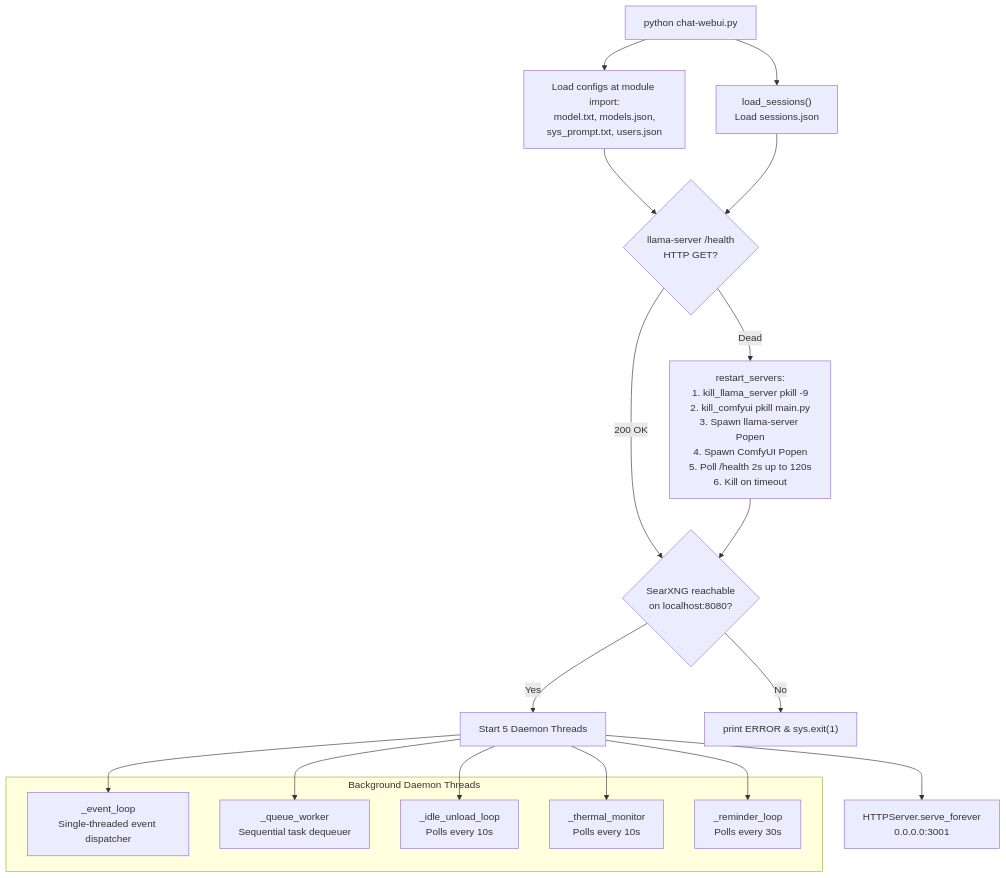
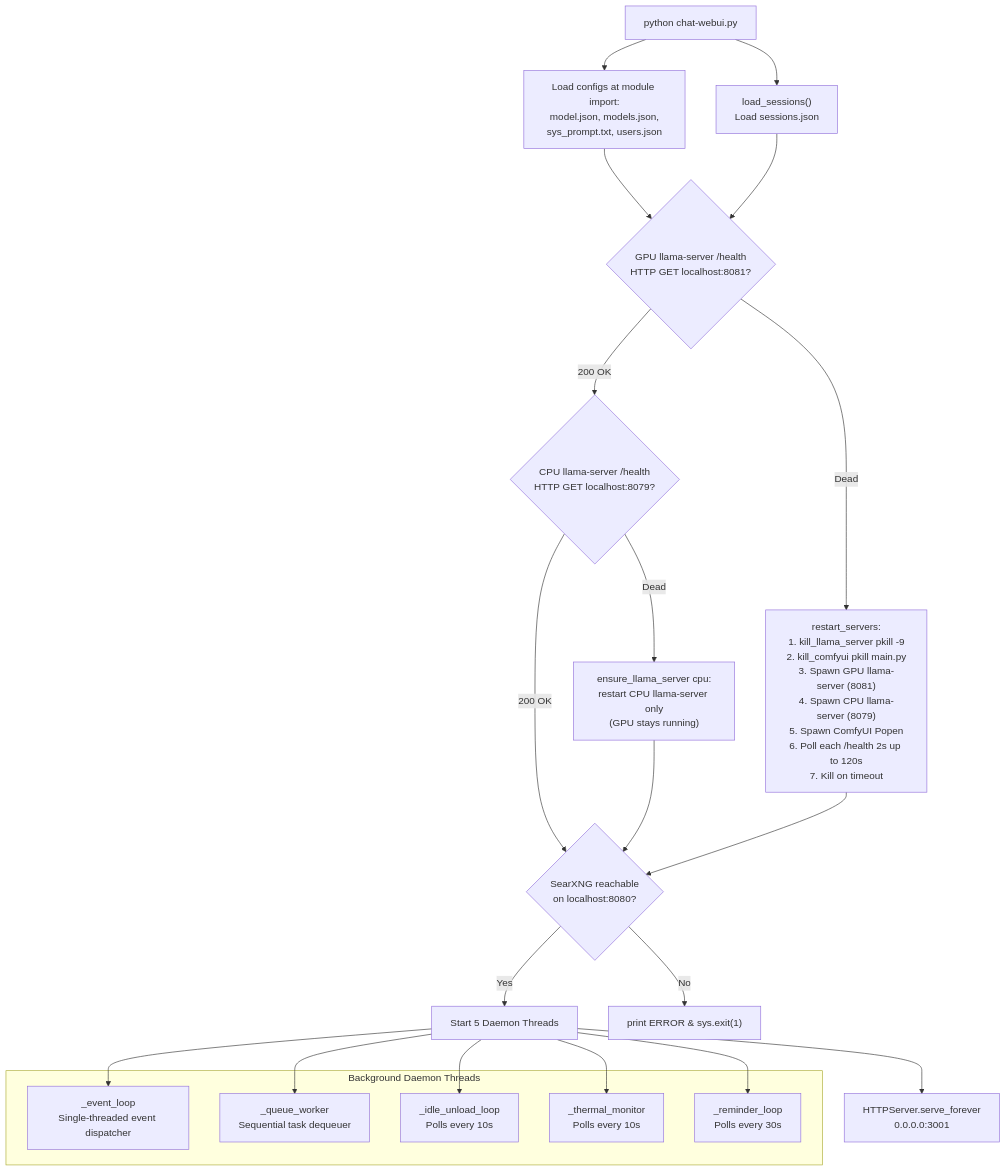
Before and after one commit to Palash90/local-ai: the fourth of 12 diagrams in README.md, drawn with Mermaid. The commit also changed other lines of this file and 15 other files, not shown here.

````diff
--- a/README.md
+++ b/README.md
@@ -241,21 +257,24 @@
 ```mermaid
 graph TD
-    A["python chat-webui.py"] --> A1["Load configs at module import:\nmodel.txt, models.json,\nsys_prompt.txt, users.json"]
+    A["python chat-webui.py"] --> A1["Load configs at module import:\nmodel.json, models.json,\nsys_prompt.txt, users.json"]
     A --> B["load_sessions()\nLoad sessions.json"]
-    A1 & B --> C{"llama-server /health\nHTTP GET?"}
-    C -- "200 OK" --> D{"SearXNG reachable\non localhost:8080?"}
-    C -- "Dead" --> Restart["restart_servers:\n1. kill_llama_server pkill -9\n2. kill_comfyui pkill main.py\n3. Spawn llama-server Popen\n4. Spawn ComfyUI Popen\n5. Poll /health 2s up to 120s\n6. Kill on timeout"]
+    A1 & B --> C{"GPU llama-server /health\nHTTP GET localhost:8081?"}
+    C -- "200 OK" --> C2{"CPU llama-server /health\nHTTP GET localhost:8079?"}
+    C -- "Dead" --> Restart["restart_servers:\n1. kill_llama_server pkill -9\n2. kill_comfyui pkill main.py\n3. Spawn GPU llama-server (8081)\n4. Spawn CPU llama-server (8079)\n5. Spawn ComfyUI Popen\n6. Poll each /health 2s up to 120s\n7. Kill on timeout"]
+    C2 -- "Dead" --> EnsureCPU["ensure_llama_server cpu:\nrestart CPU llama-server only\n(GPU stays running)"]
+    C2 -- "200 OK" --> D{"SearXNG reachable\non localhost:8080?"}
+    EnsureCPU --> D
     D -- "Yes" --> E["Start 5 Daemon Threads"]
     D -- "No" --> Exit["print ERROR & sys.exit(1)"]
     Restart --> D
 
     subgraph Daemons ["Background Daemon Threads"]
         E1["_event_loop\nSingle-threaded event dispatcher"]
         E2["_queue_worker\nSequential task dequeuer"]
         E3["_idle_unload_loop\nPolls every 10s"]
         E4["_thermal_monitor\nPolls every 10s"]
         E5["_reminder_loop\nPolls every 30s"]
     end
     E --> E1 & E2 & E3 & E4 & E5
     E --> F["HTTPServer.serve_forever\n0.0.0.0:3001"]
 ```
````
